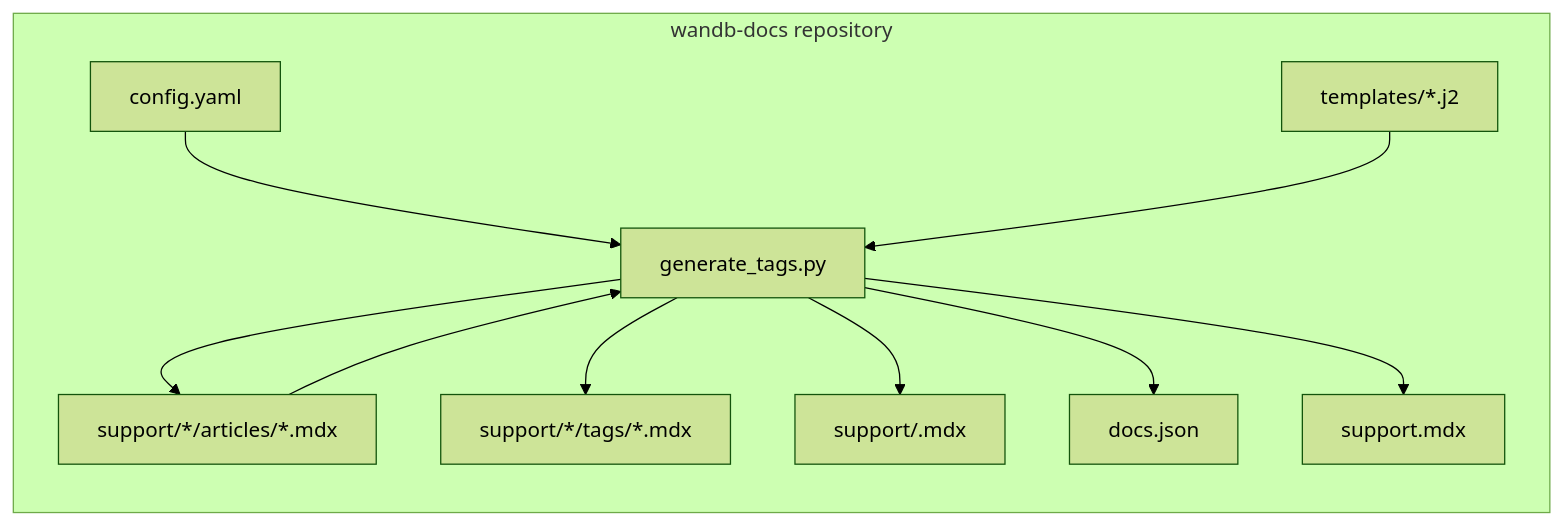
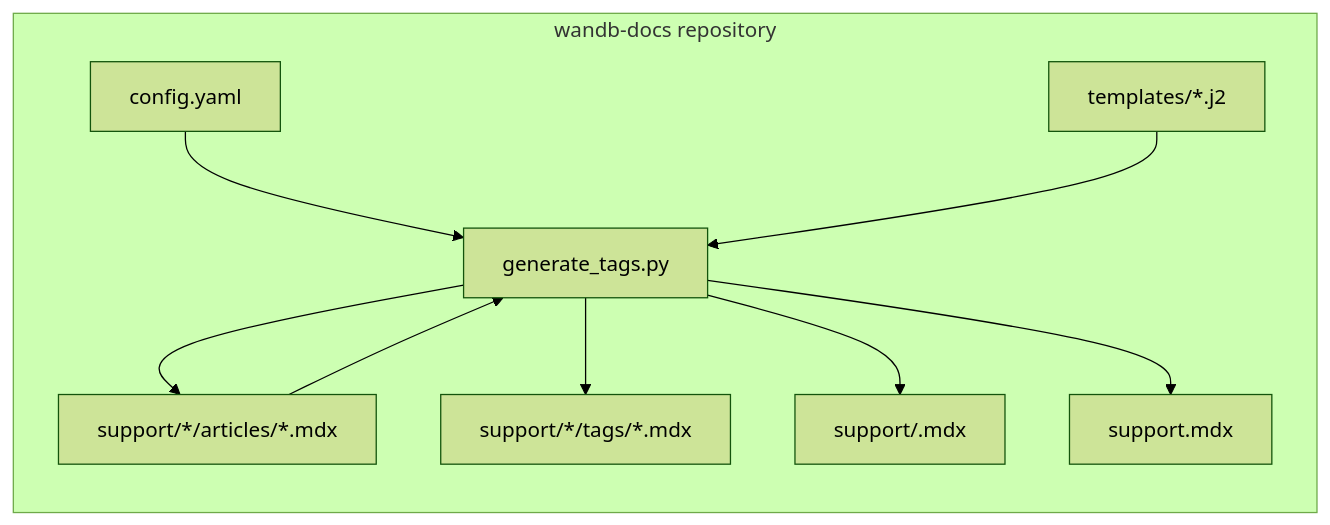
The first of 4 diagrams in scripts/knowledgebase-nav/Architecture.md (wandb/docs), drawn with Mermaid (forest theme) before and after one commit. The commit also changed other lines of this file and 7 other files, not shown here.

````diff
--- a/scripts/knowledgebase-nav/Architecture.md
+++ b/scripts/knowledgebase-nav/Architecture.md
@@ -13,21 +13,19 @@
 ```mermaid
 flowchart LR
   subgraph repo["wandb-docs repository"]
     CFG["config.yaml"]
     TPL["templates/*.j2"]
     ART["support/*/articles/*.mdx"]
     GEN["generate_tags.py"]
     OUT1["support/*/tags/*.mdx"]
     OUT2["support/<product>.mdx"]
-    DJ["docs.json"]
     SM["support.mdx"]
   end
   CFG --> GEN
   TPL --> GEN
   ART --> GEN
   GEN --> OUT1
   GEN --> OUT2
-  GEN --> DJ
   GEN --> SM
   GEN --> ART
 ```
````
